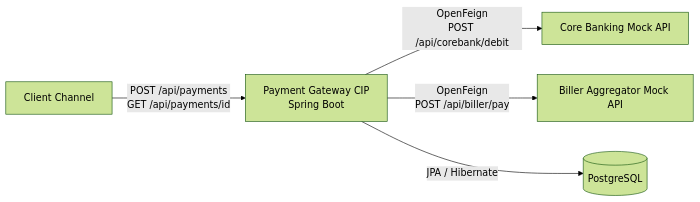
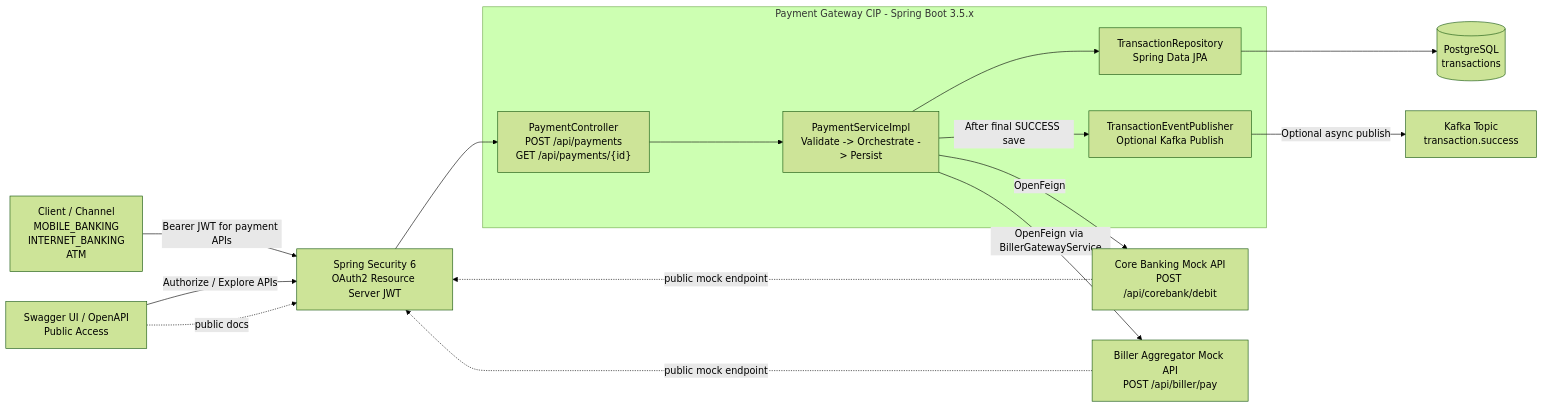
One commit to DinoDarmayanto/payment-gateway-cip changed the diagram in docs/architecture-diagram.md. Above: the diagram before and after it, drawn with Mermaid (forest theme). The commit also changed 1 other file, not shown here.

Commit message:
Update diagram flow

````diff
--- a/docs/architecture-diagram.md
+++ b/docs/architecture-diagram.md
@@ -3,13 +3,33 @@
 ```mermaid
 flowchart LR
-    Client["Client Channel"]
-    PG["Payment Gateway CIP<br/>Spring Boot"]
-    CB["Core Banking Mock API"]
-    BA["Biller Aggregator Mock API"]
-    DB[("PostgreSQL")]
+    Client["Client / Channel<br/>MOBILE_BANKING<br/>INTERNET_BANKING<br/>ATM"]
+    Swagger["Swagger UI / OpenAPI<br/>Public Access"]
+    Security["Spring Security 6<br/>OAuth2 Resource Server JWT"]
 
-    Client -->|"POST /api/payments<br/>GET /api/payments/id"| PG
-    PG -->|"OpenFeign<br/>POST /api/corebank/debit"| CB
-    PG -->|"OpenFeign<br/>POST /api/biller/pay"| BA
-    PG -->|"JPA / Hibernate"| DB
+    subgraph PG["Payment Gateway CIP - Spring Boot 3.5.x"]
+        Controller["PaymentController<br/>POST /api/payments<br/>GET /api/payments/{id}"]
+        Service["PaymentServiceImpl<br/>Validate -> Orchestrate -> Persist"]
+        Repo["TransactionRepository<br/>Spring Data JPA"]
+        EventPublisher["TransactionEventPublisher<br/>Optional Kafka Publish"]
+    end
+
+    CoreBank["Core Banking Mock API<br/>POST /api/corebank/debit"]
+    Biller["Biller Aggregator Mock API<br/>POST /api/biller/pay"]
+    DB[("PostgreSQL<br/>transactions")]
+    Kafka["Kafka Topic<br/>transaction.success"]
+
+    Client -->|"Bearer JWT for payment APIs"| Security
+    Swagger -->|"Authorize / Explore APIs"| Security
+    Security --> Controller
+    Controller --> Service
+    Service --> Repo
+    Repo --> DB
+    Service -->|"OpenFeign"| CoreBank
+    Service -->|"OpenFeign via BillerGatewayService"| Biller
+    Service -->|"After final SUCCESS save"| EventPublisher
+    EventPublisher -->|"Optional async publish"| Kafka
+
+    CoreBank -. public mock endpoint .-> Security
+    Biller -. public mock endpoint .-> Security
+    Swagger -. public docs .-> Security
 ```
````
